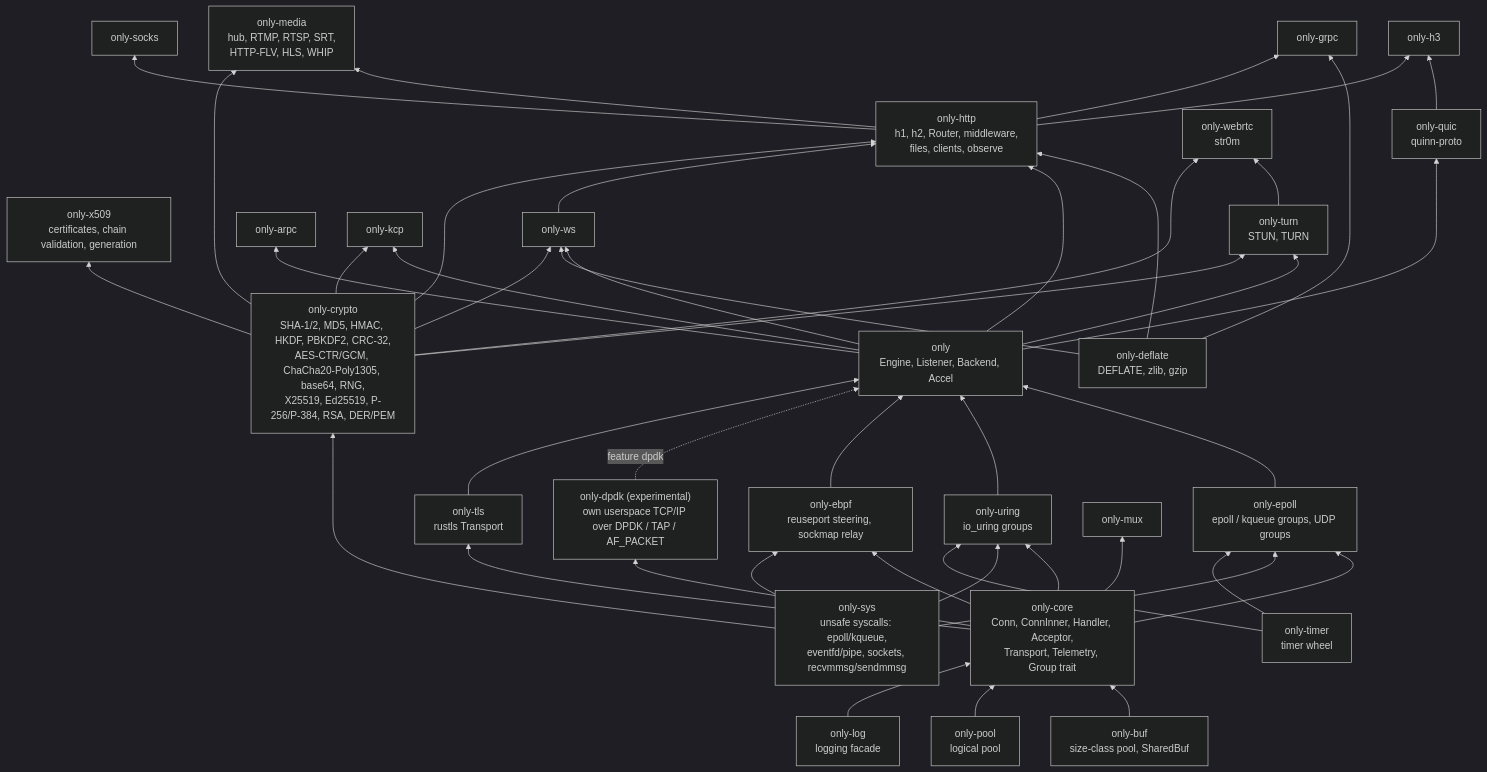
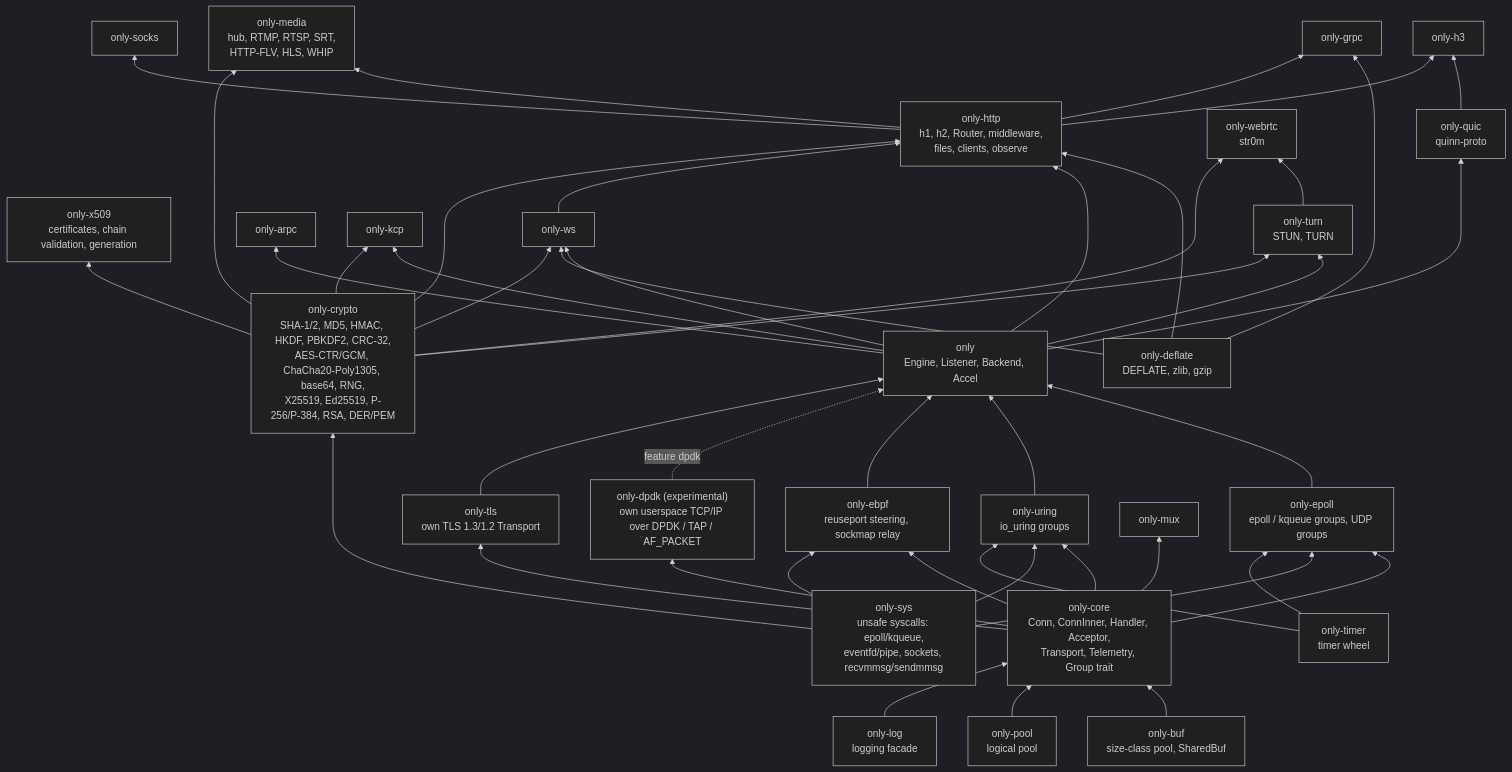
One commit to lesismal/akio changed the first of 6 diagrams in docs/architecture.md. Above: the diagram before and after it, drawn with Mermaid (dark theme). The commit also changed other lines of this file and 104 other files, not shown here.

First line of the commit message:
feat(only-tls)!: own TLS 1.3 and 1.2, no rustls or ring (DEV-PLAN wave C)

````diff
--- a/docs/architecture.md
+++ b/docs/architecture.md
@@ -13,74 +13,74 @@
 ```mermaid
 flowchart BT
     sys["only-sys<br/>unsafe syscalls: epoll/kqueue,<br/>eventfd/pipe, sockets, recvmmsg/sendmmsg"]
     crypto["only-crypto<br/>SHA-1/2, MD5, HMAC, HKDF, PBKDF2, CRC-32,<br/>AES-CTR/GCM, ChaCha20-Poly1305, base64, RNG,<br/>X25519, Ed25519, P-256/P-384, RSA, DER/PEM"]
     x509["only-x509<br/>certificates, chain validation, generation"]
     buf["only-buf<br/>size-class pool, SharedBuf"]
     timer["only-timer<br/>timer wheel"]
     deflate["only-deflate<br/>DEFLATE, zlib, gzip"]
     logc["only-log<br/>logging facade"]
     pool["only-pool<br/>logical pool"]
     core["only-core<br/>Conn, ConnInner, Handler, Acceptor,<br/>Transport, Telemetry, Group trait"]
     epoll["only-epoll<br/>epoll / kqueue groups, UDP groups"]
     uring["only-uring<br/>io_uring groups"]
     ebpf["only-ebpf<br/>reuseport steering, sockmap relay"]
     dpdk["only-dpdk (experimental)<br/>own userspace TCP/IP over DPDK / TAP / AF_PACKET"]
-    tls["only-tls<br/>rustls Transport"]
+    tls["only-tls<br/>own TLS 1.3/1.2 Transport"]
     facade["only<br/>Engine, Listener, Backend, Accel"]
     http["only-http<br/>h1, h2, Router, middleware,<br/>files, clients, observe"]
     ws[only-ws]
     grpc[only-grpc]
     arpc[only-arpc]
     socks[only-socks]
     mux[only-mux]
     quic["only-quic<br/>quinn-proto"]
     h3[only-h3]
     kcp[only-kcp]
     turn["only-turn<br/>STUN, TURN"]
     webrtc["only-webrtc<br/>str0m"]
     media["only-media<br/>hub, RTMP, RTSP, SRT,<br/>HTTP-FLV, HLS, WHIP"]
 
     buf --> core
     pool --> core
     logc --> core
     core --> epoll
     sys --> epoll
     timer --> epoll
     core --> uring
     sys --> uring
     timer --> uring
     core --> ebpf
     core --> dpdk
     sys --> ebpf
     core --> tls
     epoll --> facade
     uring --> facade
     ebpf --> facade
     dpdk -.->|feature dpdk| facade
     tls --> facade
     facade --> ws
     deflate --> ws
     deflate --> http
     deflate --> grpc
     facade --> http
     ws --> http
     http --> grpc
     facade --> arpc
     http --> socks
     core --> mux
     facade --> quic
     quic --> h3
     http --> h3
     facade --> kcp
     facade --> turn
     turn --> webrtc
     http --> media
     sys --> crypto
     crypto --> x509
     crypto --> ws
     crypto --> http
     crypto --> kcp
     crypto --> turn
     crypto --> webrtc
     crypto --> media
 ```
````
